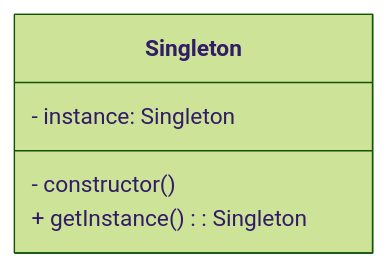
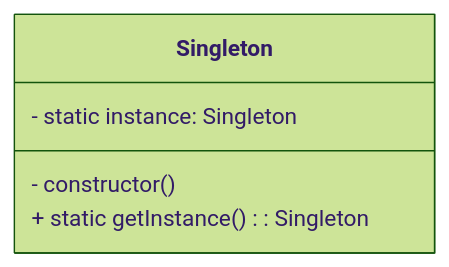
One commit to skynoid2612/design-patterns-for-clean-architecture changed the diagram in md/design_pattern_Singleton.md. Above: the diagram before and after it, drawn with Mermaid (forest theme). The commit also changed other lines of this file and 23 other files, not shown here.

````diff
--- a/md/design_pattern_Singleton.md
+++ b/md/design_pattern_Singleton.md
@@ -35,8 +37,8 @@
 ```mermaid
 classDiagram
   class Singleton {
-    - instance: Singleton
+    - static instance: Singleton
     - constructor()
-    + getInstance(): Singleton
+    + static getInstance(): Singleton
   }
 ```
````
